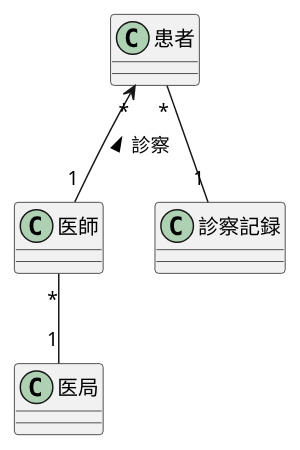
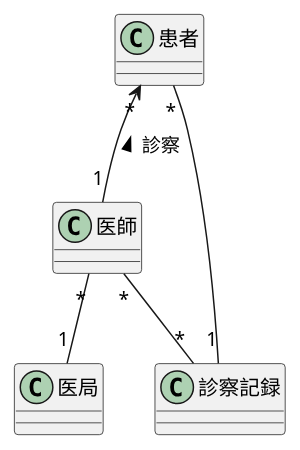
One commit to nozomu1210/uml-introduction changed the diagram in 演習3-2_CL_医師と患者と医局と診療記録.pu. Above: the diagram before and after it, drawn with PlantUML.

Commit message:
演習3-2

```diff
--- a/演習3-2_CL_医師と患者と医局と診療記録.pu
+++ b/演習3-2_CL_医師と患者と医局と診療記録.pu
@@ -1,18 +1,18 @@
 @startuml
 class 医師 {
 
 }
 class 患者 {
 
 }
 class 医局 {
 
 }
 class 診察記録{
     
 }
 患者 "*" <-- "1" 医師 : 診察 <
 医師 "*" -- "1" 医局
 患者 "*" -- "1" 診察記録
-
+医師 "*" -- "*" 診察記録
 @enduml
```
